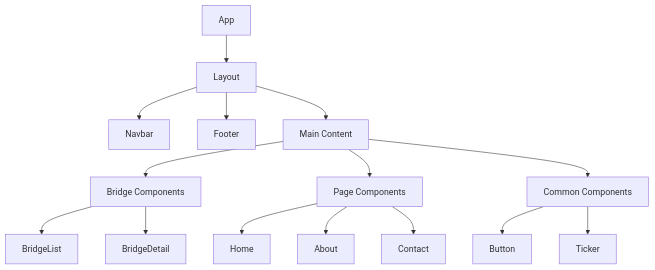
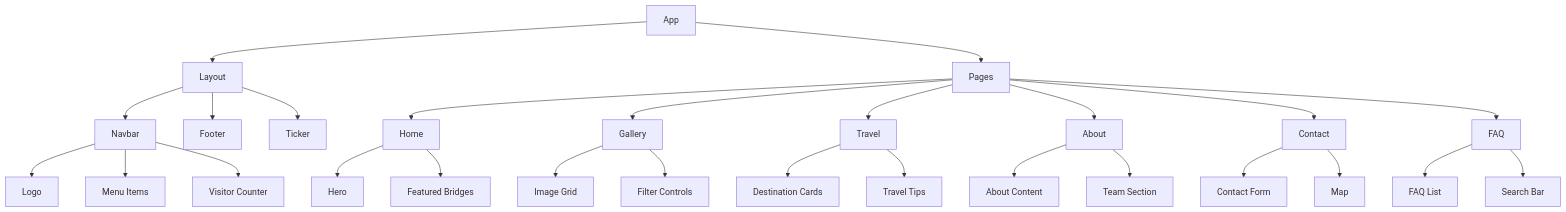
The fourth of 6 diagrams in documentation/FLOW_CHARTS.md (yolithrones/bridges-website-app), drawn with Mermaid before and after one commit. The commit also changed other lines of this file and 16 other files, not shown here.

````diff
--- a/documentation/FLOW_CHARTS.md
+++ b/documentation/FLOW_CHARTS.md
@@ -61,17 +102,37 @@
 ```mermaid
 graph TD
     A[App] --> B[Layout]
     B --> C[Navbar]
     B --> D[Footer]
-    B --> E[Main Content]
-    E --> F[Bridge Components]
-    E --> G[Page Components]
-    E --> H[Common Components]
-    F --> I[BridgeList]
-    F --> J[BridgeDetail]
-    G --> K[Home]
-    G --> L[About]
-    G --> M[Contact]
-    H --> N[Button]
-    H --> O[Ticker]
+    B --> E[Ticker]
+    
+    C --> F[Logo]
+    C --> G[Menu Items]
+    C --> H[Visitor Counter]
+    
+    A --> I[Pages]
+    I --> J[Home]
+    I --> K[Gallery]
+    I --> L[Travel]
+    I --> M[About]
+    I --> N[Contact]
+    I --> O[FAQ]
+    
+    J --> P[Hero]
+    J --> Q[Featured Bridges]
+    
+    K --> R[Image Grid]
+    K --> S[Filter Controls]
+    
+    L --> T[Destination Cards]
+    L --> U[Travel Tips]
+    
+    M --> V[About Content]
+    M --> W[Team Section]
+    
+    N --> X[Contact Form]
+    N --> Y[Map]
+    
+    O --> Z[FAQ List]
+    O --> AA[Search Bar]
 ```
````
